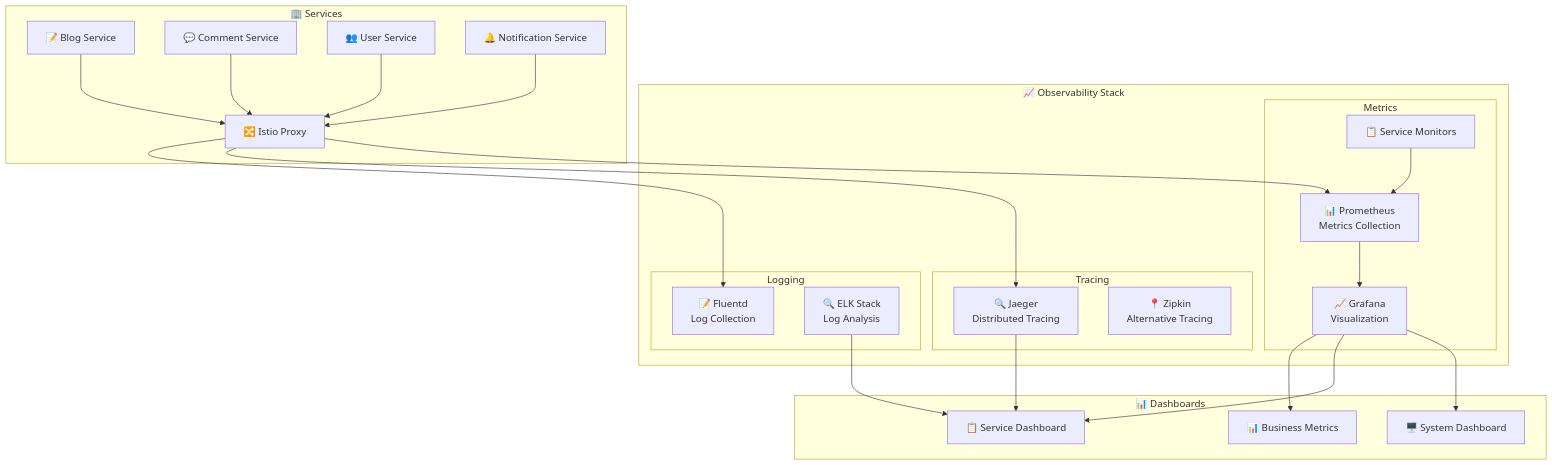
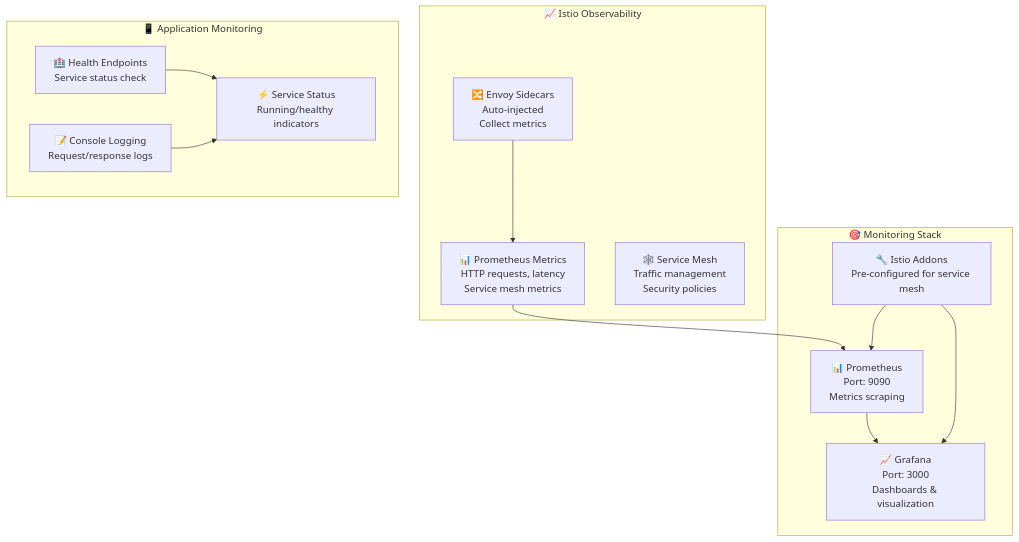
The ninth of 9 diagrams in docs/architecture-diagrams.md (vvt911/blog-microservices), drawn with Mermaid before and after one commit. The commit also changed other lines of this file and 2 other files, not shown here.

````diff
--- a/docs/architecture-diagrams.md
+++ b/docs/architecture-diagrams.md
@@ -287,53 +328,36 @@
 ```mermaid
 graph TB
-    subgraph "📈 Observability Stack"
-        subgraph "Metrics"
-            Prometheus[📊 Prometheus<br/>Metrics Collection]
-            Grafana[📈 Grafana<br/>Visualization]
-            ServiceMonitor[📋 Service Monitors]
-        end
+    subgraph "📈 Istio Observability"
+        EnvoySidecars[🔀 Envoy Sidecars<br/>Auto-injected<br/>Collect metrics]
         
-        subgraph "Tracing"
-            Jaeger[🔍 Jaeger<br/>Distributed Tracing]
-            Zipkin[📍 Zipkin<br/>Alternative Tracing]
-        end
+        PrometheusEndpoints[📊 Prometheus Metrics<br/>HTTP requests, latency<br/>Service mesh metrics]
         
-        subgraph "Logging"
-            Fluentd[📝 Fluentd<br/>Log Collection]
-            ELK[🔍 ELK Stack<br/>Log Analysis]
-        end
+        ServiceMesh[🕸️ Service Mesh<br/>Traffic management<br/>Security policies]
     end
     
-    subgraph "🏢 Services"
-        IstioProxy[🔀 Istio Proxy]
-        BlogService[📝 Blog Service]
-        CommentService[💬 Comment Service]
-        UserService[👥 User Service]
-        NotificationService[🔔 Notification Service]
+    subgraph "🎯 Monitoring Stack"
+        Prometheus[📊 Prometheus<br/>Port: 9090<br/>Metrics scraping]
+        
+        Grafana[📈 Grafana<br/>Port: 3000<br/>Dashboards & visualization]
+        
+        IstioAddons[🔧 Istio Addons<br/>Pre-configured for service mesh]
     end
     
-    subgraph "📊 Dashboards"
-        SystemDashboard[🖥️ System Dashboard]
-        ServiceDashboard[📋 Service Dashboard]
-        BusinessDashboard[📊 Business Metrics]
+    subgraph "📱 Application Monitoring"
+        HealthEndpoints[🏥 Health Endpoints<br/>Service status check]
+        
+        ConsoleLogging[📝 Console Logging<br/>Request/response logs]
+        
+        ServiceStatus[⚡ Service Status<br/>Running/healthy indicators]
     end
     
-    BlogService --> IstioProxy
-    CommentService --> IstioProxy
-    UserService --> IstioProxy
-    NotificationService --> IstioProxy
-    
-    IstioProxy --> Prometheus
-    IstioProxy --> Jaeger
-    IstioProxy --> Fluentd
-    
-    ServiceMonitor --> Prometheus
+    EnvoySidecars --> PrometheusEndpoints
+    PrometheusEndpoints --> Prometheus
     Prometheus --> Grafana
     
-    Grafana --> SystemDashboard
-    Grafana --> ServiceDashboard
-    Grafana --> BusinessDashboard
+    IstioAddons --> Prometheus
+    IstioAddons --> Grafana
     
-    Jaeger --> ServiceDashboard
-    ELK --> ServiceDashboard
+    HealthEndpoints --> ServiceStatus
+    ConsoleLogging --> ServiceStatus
 ```
````
